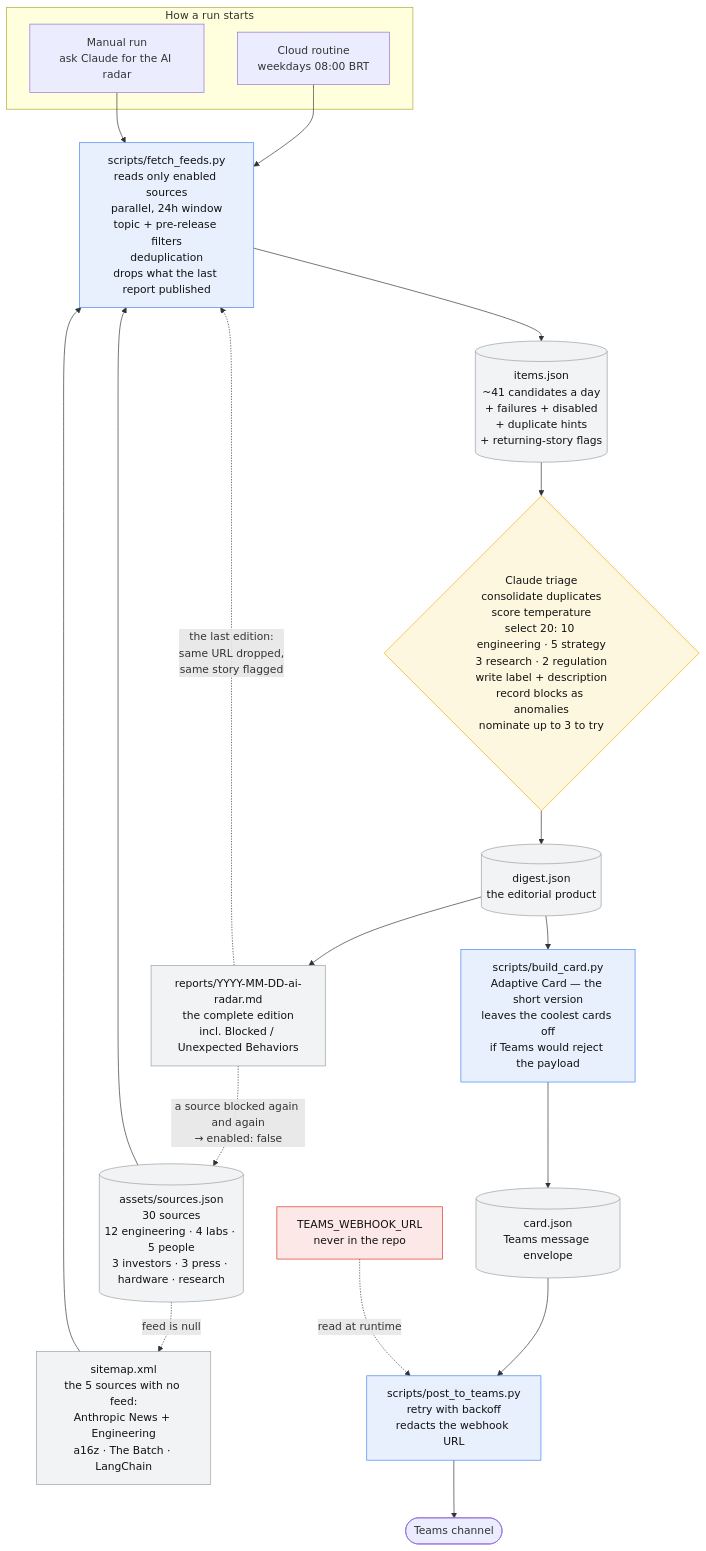
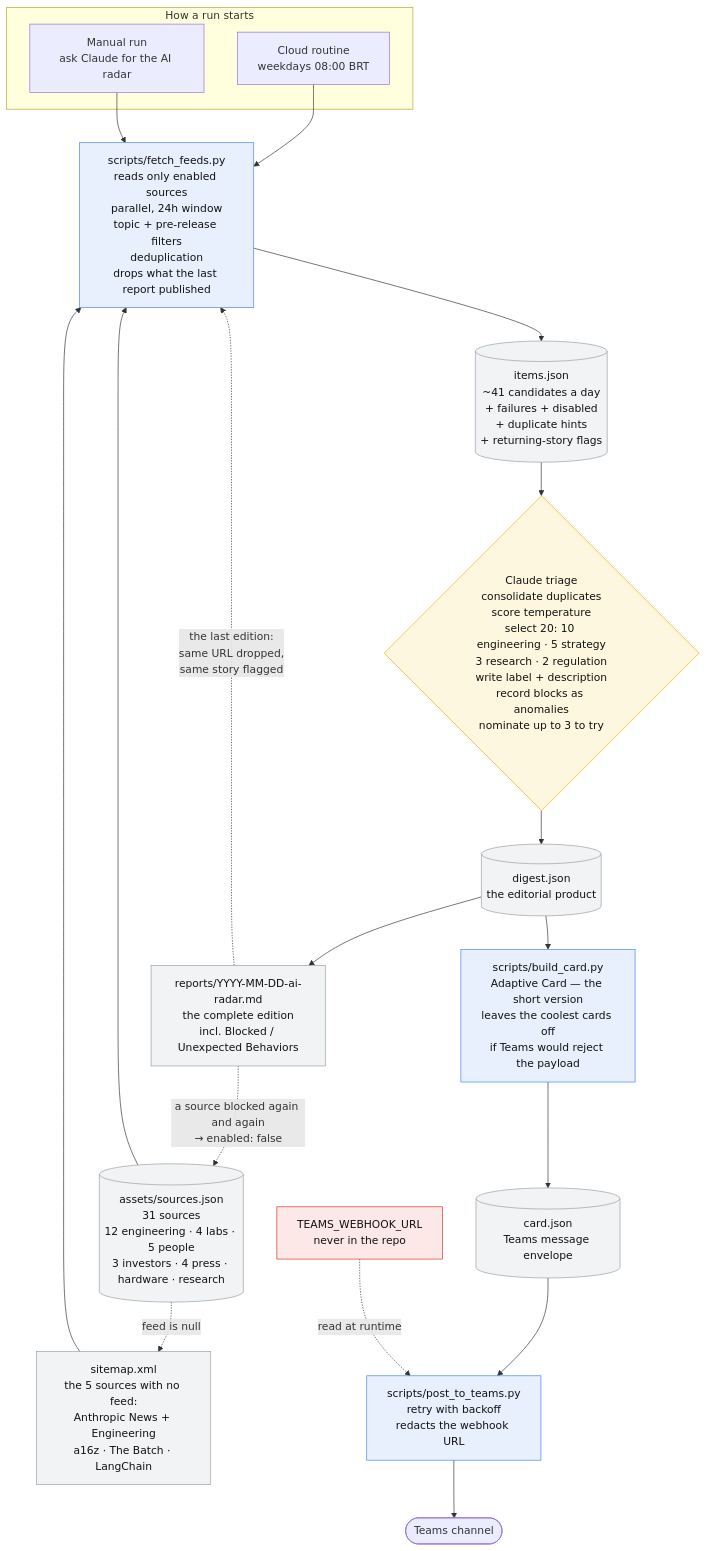
One commit to werner-denzin/claude-labs changed the diagram in README.md. Above: the diagram before and after it, drawn with Mermaid. The commit also changed other lines of this file and 5 other files, not shown here.

````diff
--- a/README.md
+++ b/README.md
@@ -124,49 +133,49 @@
 ```mermaid
 flowchart TD
     subgraph triggers["How a run starts"]
         ROUTINE["Cloud routine<br>weekdays 08:00 BRT"]
         MANUAL["Manual run<br>ask Claude for the AI radar"]
     end
 
-    CATALOG[("assets/sources.json<br>30 sources<br>12 engineering · 4 labs · 5 people<br>3 investors · 3 press · hardware · research")]
+    CATALOG[("assets/sources.json<br>31 sources<br>12 engineering · 4 labs · 5 people<br>3 investors · 4 press · hardware · research")]
     FETCH["scripts/fetch_feeds.py<br>reads only enabled sources<br>parallel, 24h window<br>topic + pre-release filters<br>deduplication<br>drops what the last report published"]
     ITEMS[("items.json<br>~41 candidates a day<br>+ failures + disabled<br>+ duplicate hints<br>+ returning-story flags")]
     SITEMAP["sitemap.xml<br>the 5 sources with no feed:<br>Anthropic News + Engineering<br>a16z · The Batch · LangChain"]
 
     TRIAGE{"Claude triage<br>consolidate duplicates<br>score temperature<br>select 20: 10 engineering · 5 strategy<br>3 research · 2 regulation<br>write label + description<br>record blocks as anomalies<br>nominate up to 3 to try"}
     DIGEST[("digest.json<br>the editorial product")]
 
     BUILD["scripts/build_card.py<br>Adaptive Card — the short version<br>leaves the coolest cards off<br>if Teams would reject the payload"]
     CARD[("card.json<br>Teams message envelope")]
     POST["scripts/post_to_teams.py<br>retry with backoff<br>redacts the webhook URL"]
 
     TEAMS(["Teams channel"])
     ARCHIVE["reports/YYYY-MM-DD-ai-radar.md<br>the complete edition<br>incl. Blocked / Unexpected Behaviors"]
     SECRET["TEAMS_WEBHOOK_URL<br>never in the repo"]
 
     ROUTINE --> FETCH
     MANUAL --> FETCH
     CATALOG --> FETCH
     FETCH --> ITEMS
     CATALOG -. "feed is null" .-> SITEMAP
     SITEMAP --> FETCH
     ARCHIVE -. "the last edition:<br>same URL dropped,<br>same story flagged" .-> FETCH
     ITEMS --> TRIAGE
     TRIAGE --> DIGEST
     DIGEST --> BUILD
     BUILD --> CARD
     CARD --> POST
     POST --> TEAMS
     DIGEST --> ARCHIVE
     ARCHIVE -. "a source blocked again and again<br>→ enabled: false" .-> CATALOG
     SECRET -. read at runtime .-> POST
 
     classDef script fill:#e8f0fe,stroke:#4285f4,color:#111
     classDef data fill:#f1f3f4,stroke:#9aa0a6,color:#111
     classDef judgment fill:#fef7e0,stroke:#f9ab00,color:#111
     classDef secret fill:#fce8e6,stroke:#d93025,color:#111
     class FETCH,BUILD,POST script
     class CATALOG,ITEMS,DIGEST,CARD,ARCHIVE,SITEMAP data
     class TRIAGE judgment
     class SECRET secret
 ```
````
